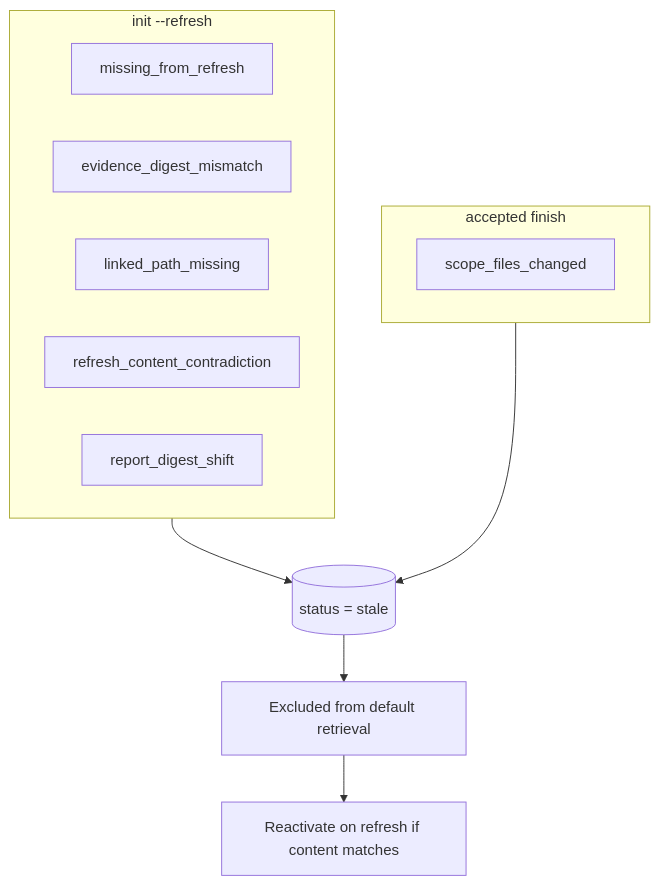
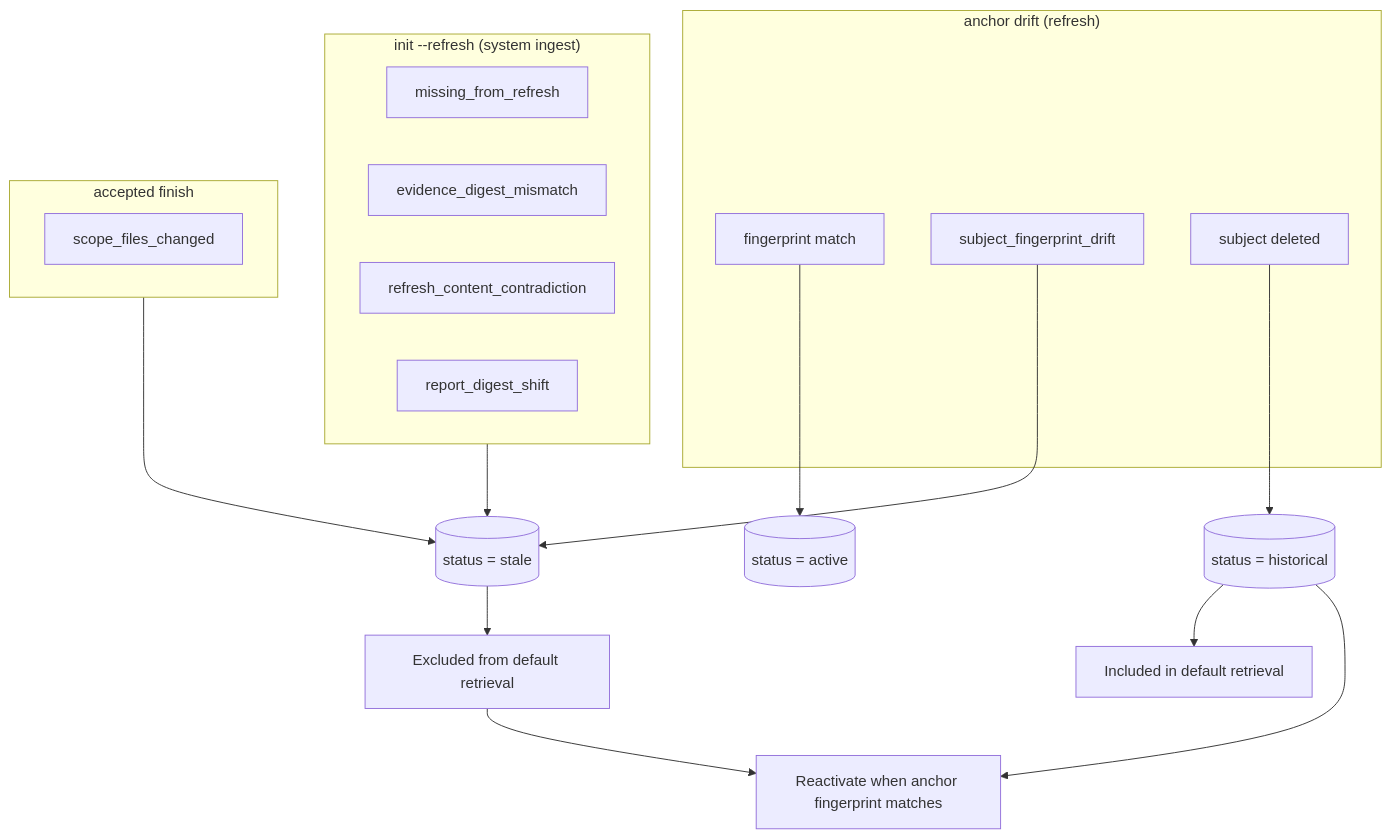
The seventh of 9 diagrams in docs/book/13-engineering-memory.md (orenlab/codeclone), drawn with Mermaid before and after one commit. The commit also changed other lines of this file and 17 other files, not shown here.

First line of the commit message:
feat(memory): commit-anchored durability with historical status

````diff
--- a/docs/book/13-engineering-memory.md
+++ b/docs/book/13-engineering-memory.md
@@ -528,19 +550,29 @@
 ```mermaid
 flowchart TD
-    subgraph Refresh["init --refresh"]
+    subgraph Anchor["anchor drift (refresh)"]
+        A1[fingerprint match]
+        A2[subject_fingerprint_drift]
+        A3[subject deleted]
+    end
+
+    subgraph Refresh["init --refresh (system ingest)"]
         R1[missing_from_refresh]
         R2[evidence_digest_mismatch]
-        R3[linked_path_missing]
-        R4[refresh_content_contradiction]
-        R5[report_digest_shift]
+        R3[refresh_content_contradiction]
+        R4[report_digest_shift]
     end
 
     subgraph Scope["accepted finish"]
         S1[scope_files_changed]
     end
 
-    Refresh --> ST[(status = stale)]
+    A1 --> ACT[(status = active)]
+    A2 --> ST[(status = stale)]
+    A3 --> HIST[(status = historical)]
+    Refresh --> ST
     Scope --> ST
     ST --> RE[Excluded from default retrieval]
-    RE --> RA[Reactivate on refresh if content matches]
+    HIST --> RET[Included in default retrieval]
+    RE --> RA[Reactivate when anchor fingerprint matches]
+    HIST --> RA
 ```
````
